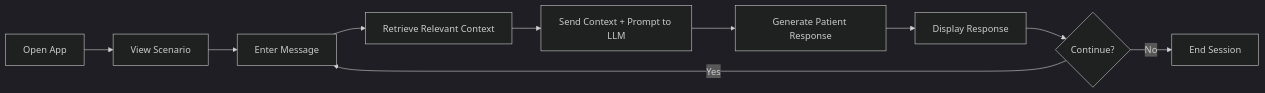
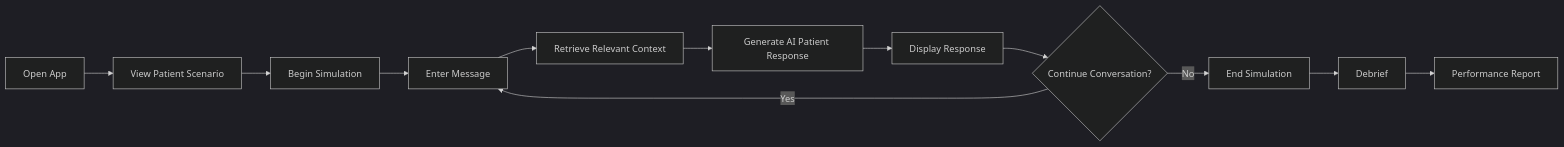
Before and after one commit to Skiruba08/patient_simulation: the second of 2 diagrams in README.md, drawn with Mermaid (dark theme).

````diff
--- a/README.md
+++ b/README.md
@@ -98,12 +98,16 @@
 ```mermaid
 flowchart LR
-    A[Open App] --> B[View Scenario]
-    B --> C[Enter Message]
-    C --> D[Retrieve Relevant Context]
-    D --> E[Send Context + Prompt to LLM]
-    E --> F[Generate Patient Response]
+    A[Open App] --> B[View Patient Scenario]
+    B --> C[Begin Simulation]
+    C --> D[Enter Message]
+    D --> E[Retrieve Relevant Context]
+    E --> F[Generate AI Patient Response]
     F --> G[Display Response]
-    G --> H{Continue?}
-    H -->|Yes| C
-    H -->|No| I[End Session]
+    G --> H{Continue Conversation?}
+
+    H -->|Yes| D
+    H -->|No| I[End Simulation]
+
+    I --> J[Debrief]
+    J --> K[Performance Report]
 ```
````
